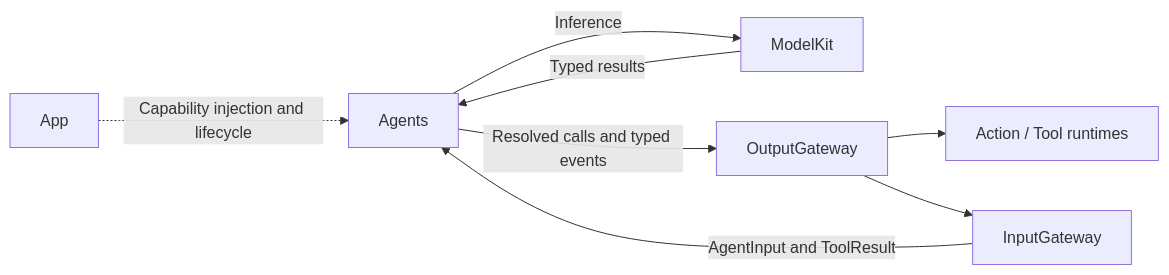
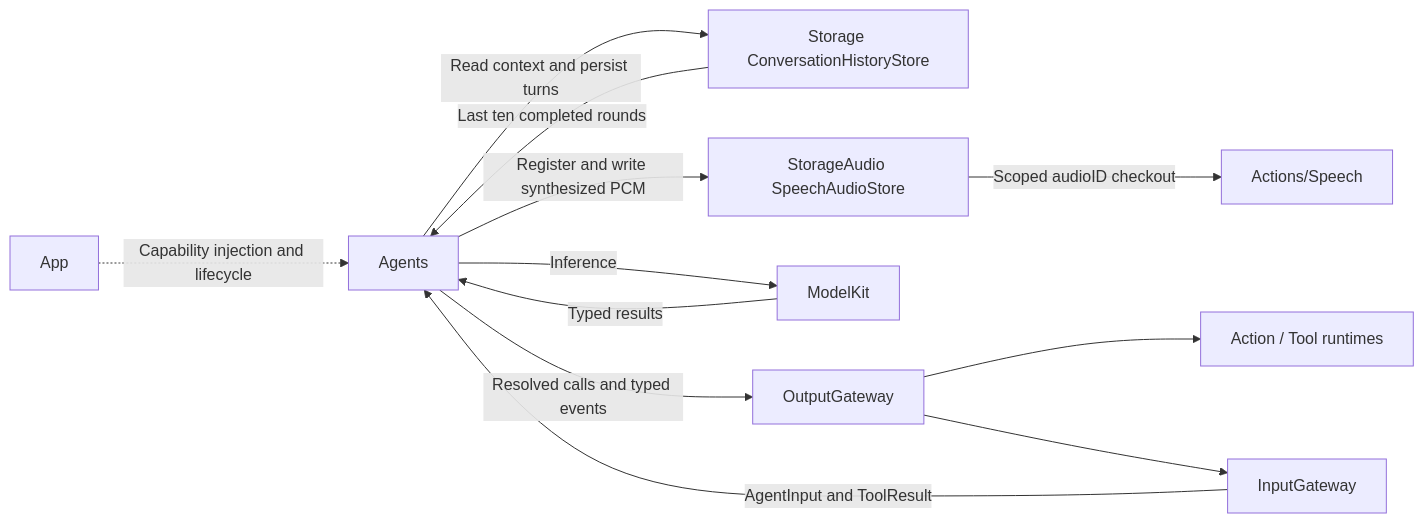
One commit to devilyouwei/MobileHarness changed the first of 3 diagrams in MobileHarness/Agents/README.md. Above: the diagram before and after it, drawn with Mermaid. The commit also changed other lines of this file and 131 other files, not shown here.

````diff
--- a/MobileHarness/Agents/README.md
+++ b/MobileHarness/Agents/README.md
@@ -24,10 +24,14 @@
 ```mermaid
 flowchart LR
     App -.->|Capability injection and lifecycle| Agents
     Input[InputGateway] -->|AgentInput and ToolResult| Agents
+    Agents -->|Read context and persist turns| Storage[Storage ConversationHistoryStore]
+    Storage -->|Last ten completed rounds| Agents
+    Agents -->|Register and write synthesized PCM| Audio[StorageAudio SpeechAudioStore]
+    Audio -->|Scoped audioID checkout| Playback[Actions/Speech]
     Agents -->|Inference| ModelKit
     ModelKit -->|Typed results| Agents
     Agents -->|Resolved calls and typed events| Output[OutputGateway]
     Output --> Runtime[Action / Tool runtimes]
     Output --> Input
 ```
````
